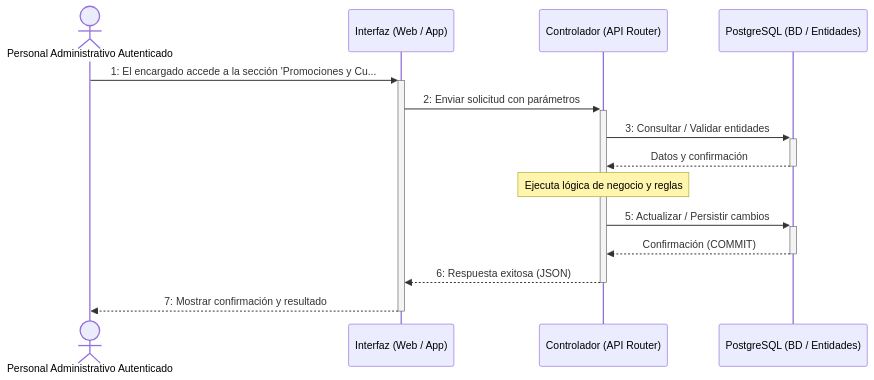
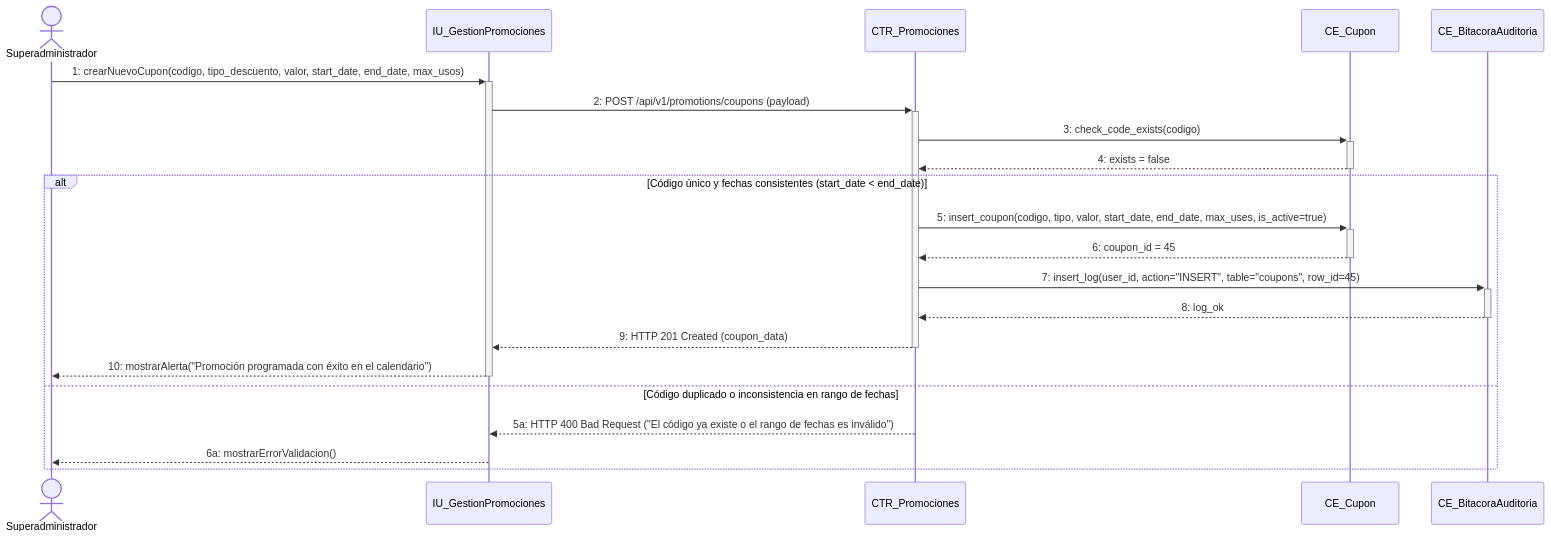
Before and after one commit to jc-larry/ecommerce: diagram 13 of 38 in documentos/DOCUMENTACION_40_CASOS_DE_USO_DIAGRAMAS_SECUENCIA.md, drawn with Mermaid. The commit also changed other lines of this file and 148 other files, not shown here.

````diff
--- a/documentos/DOCUMENTACION_40_CASOS_DE_USO_DIAGRAMAS_SECUENCIA.md
+++ b/documentos/DOCUMENTACION_40_CASOS_DE_USO_DIAGRAMAS_SECUENCIA.md
@@ -673,16 +678,24 @@
 ```mermaid
 sequenceDiagram
-    actor U as Personal Administrativo Autenticado
-    participant IU as Interfaz (Web / App)
-    participant CTR as Controlador (API Router)
-    participant DB as PostgreSQL (BD / Entidades)
-    U->>+IU: 1: El encargado accede a la sección 'Promociones y Cu...
-    IU->>+CTR: 2: Enviar solicitud con parámetros
-    CTR->>+DB: 3: Consultar / Validar entidades
-    DB-->>-CTR: Datos y confirmación
-    Note over CTR: Ejecuta lógica de negocio y reglas
-    CTR->>+DB: 5: Actualizar / Persistir cambios
-    DB-->>-CTR: Confirmación (COMMIT)
-    CTR-->>-IU: 6: Respuesta exitosa (JSON)
-    IU-->>-U: 7: Mostrar confirmación y resultado
+    actor A as Superadministrador
+    participant IU as IU_GestionPromociones
+    participant CTR as CTR_Promociones
+    participant CE_C as CE_Cupon
+    participant CE_B as CE_BitacoraAuditoria
+
+    A->>+IU: 1: crearNuevoCupon(codigo, tipo_descuento, valor, start_date, end_date, max_usos)
+    IU->>+CTR: 2: POST /api/v1/promotions/coupons (payload)
+    CTR->>+CE_C: 3: check_code_exists(codigo)
+    CE_C-->>-CTR: 4: exists = false
+    alt Código único y fechas consistentes (start_date < end_date)
+        CTR->>+CE_C: 5: insert_coupon(codigo, tipo, valor, start_date, end_date, max_uses, is_active=true)
+        CE_C-->>-CTR: 6: coupon_id = 45
+        CTR->>+CE_B: 7: insert_log(user_id, action="INSERT", table="coupons", row_id=45)
+        CE_B-->>-CTR: 8: log_ok
+        CTR-->>-IU: 9: HTTP 201 Created (coupon_data)
+        IU-->>-A: 10: mostrarAlerta("Promoción programada con éxito en el calendario")
+    else Código duplicado o inconsistencia en rango de fechas
+        CTR-->>IU: 5a: HTTP 400 Bad Request ("El código ya existe o el rango de fechas es inválido")
+        IU-->>A: 6a: mostrarErrorValidacion()
+    end
 ```
````
